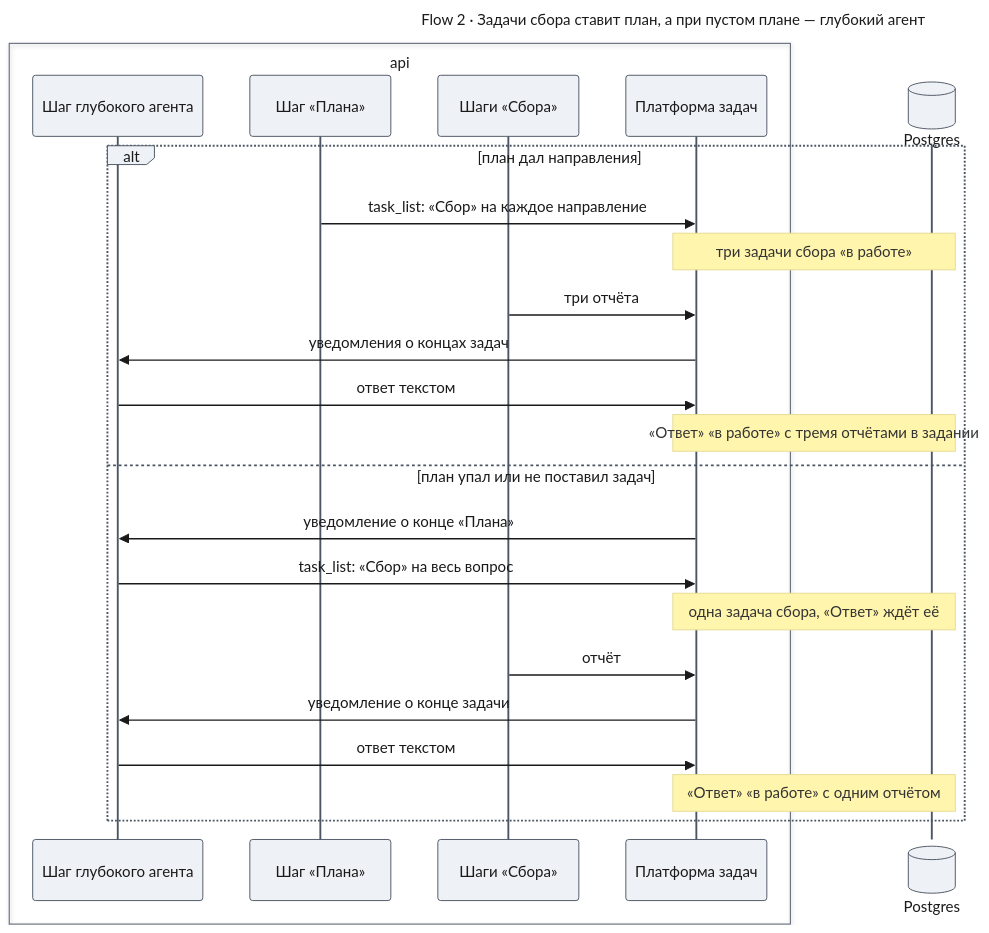
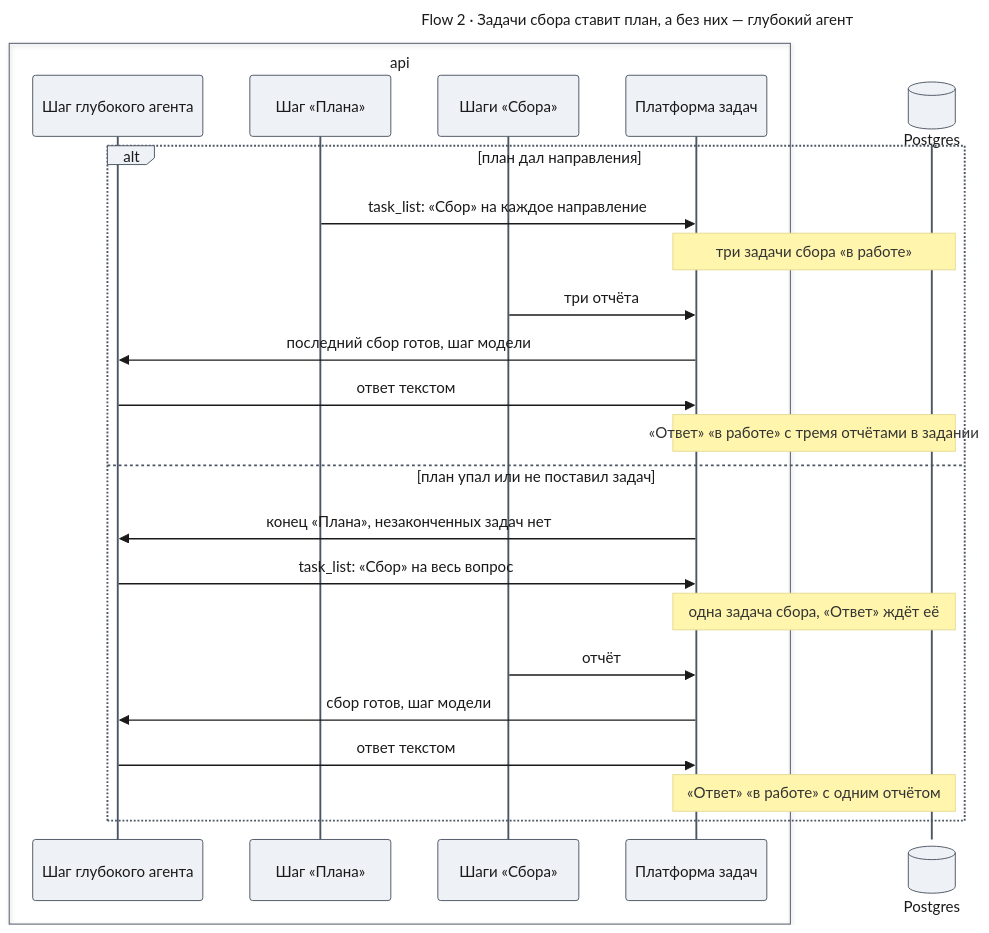
One commit to tundraray/agent-os changed the fourth of 4 diagrams in docs/features/deep-agents/design-flows.md. Above: the diagram before and after it, drawn with Mermaid. The commit also changed other lines of this file and 1 other file, not shown here.

Commit message:
docs(deep-agents): start tasks without the lead's model call, drop the brief flow

````diff
--- a/docs/features/deep-agents/design-flows.md
+++ b/docs/features/deep-agents/design-flows.md
@@ -369,48 +288,48 @@
 ```mermaid
 ---
-title: "Flow 2 · Задачи сбора ставит план, а при пустом плане — глубокий агент"
+title: "Flow 2 · Задачи сбора ставит план, а без них — глубокий агент"
 config:
   theme: base
   look: classic
   themeVariables:
     primaryColor: "#eef1f5"
     primaryBorderColor: "#4b5563"
     primaryTextColor: "#1a1a1a"
     lineColor: "#6b7280"
   themeCSS: |
     @keyframes lit_fw2{0%,10%{stroke:#991b1b;stroke-width:6px}11.1%,100%{stroke:#37474f;stroke-width:2px}}
     .messageLine0[data-id='i1'],.messageLine1[data-id='i1']{animation:lit_fw2 10.8s linear 0s infinite}
     .messageLine0[data-id='i3'],.messageLine1[data-id='i3']{animation:lit_fw2 10.8s linear 1.2s infinite}
     .messageLine0[data-id='i4'],.messageLine1[data-id='i4']{animation:lit_fw2 10.8s linear 2.4s infinite}
     .messageLine0[data-id='i5'],.messageLine1[data-id='i5']{animation:lit_fw2 10.8s linear 3.6s infinite}
     .messageLine0[data-id='i8'],.messageLine1[data-id='i8']{animation:lit_fw2 10.8s linear 4.8s infinite}
     .messageLine0[data-id='i9'],.messageLine1[data-id='i9']{animation:lit_fw2 10.8s linear 6s infinite}
     .messageLine0[data-id='i11'],.messageLine1[data-id='i11']{animation:lit_fw2 10.8s linear 7.2s infinite}
     .messageLine0[data-id='i12'],.messageLine1[data-id='i12']{animation:lit_fw2 10.8s linear 8.4s infinite}
     .messageLine0[data-id='i13'],.messageLine1[data-id='i13']{animation:lit_fw2 10.8s linear 9.6s infinite}
 ---
 sequenceDiagram
     box api
     participant D as Шаг глубокого агента
     participant P as Шаг «Плана»
     participant G as Шаги «Сбора»
     participant K as Платформа задач
     end
     participant DB@{ "type": "database" } as Postgres
     alt план дал направления
         P->>K: task_list: «Сбор» на каждое направление
         Note over K,DB: три задачи сбора «в работе»
         G->>K: три отчёта
-        K->>D: уведомления о концах задач
+        K->>D: последний сбор готов, шаг модели
         D->>K: ответ текстом
         Note over K,DB: «Ответ» «в работе» с тремя отчётами в задании
     else план упал или не поставил задач
-        K->>D: уведомление о конце «Плана»
+        K->>D: конец «Плана», незаконченных задач нет
         D->>K: task_list: «Сбор» на весь вопрос
         Note over K,DB: одна задача сбора, «Ответ» ждёт её
         G->>K: отчёт
-        K->>D: уведомление о конце задачи
+        K->>D: сбор готов, шаг модели
         D->>K: ответ текстом
         Note over K,DB: «Ответ» «в работе» с одним отчётом
     end
 ```
````
